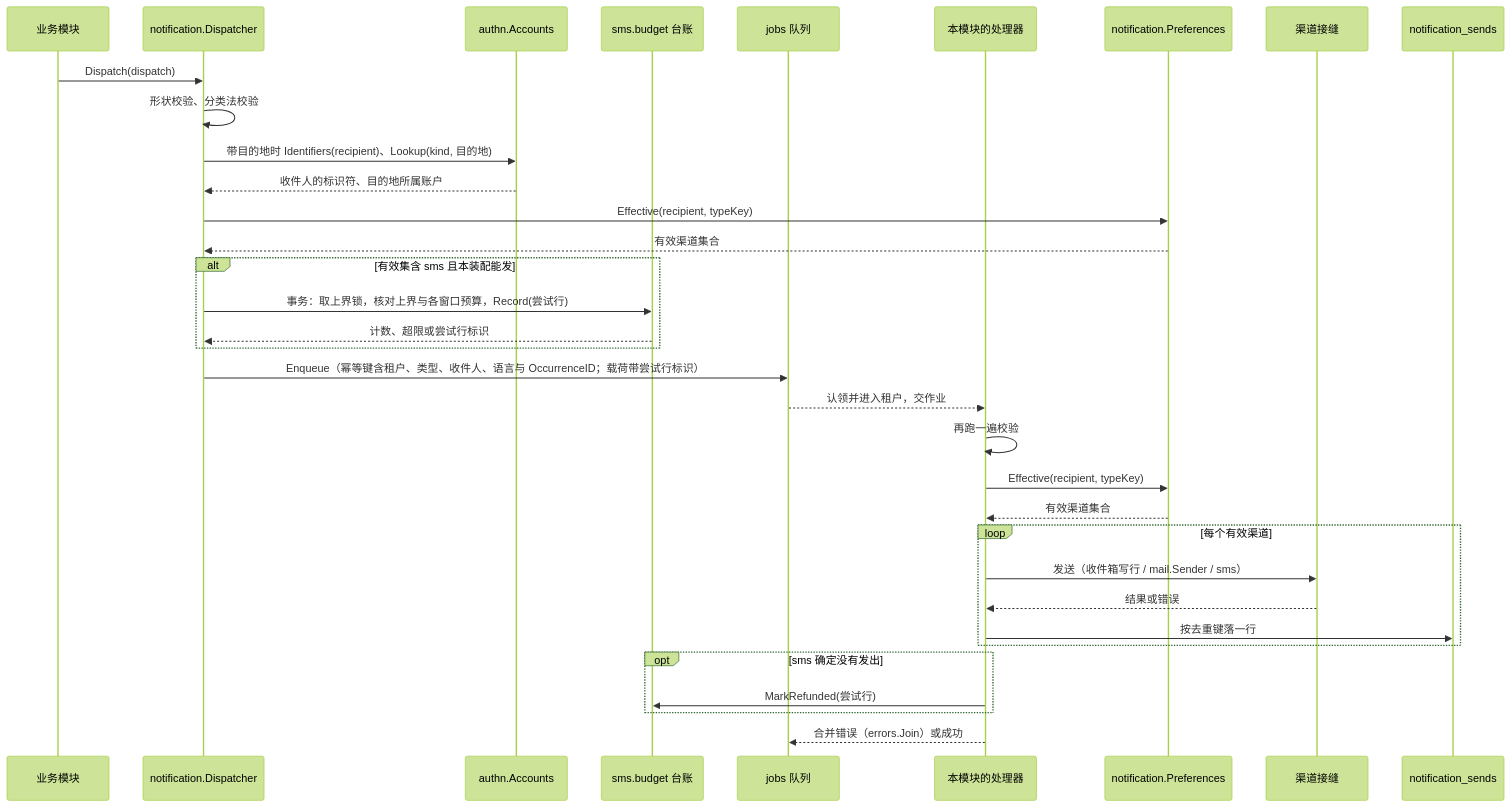
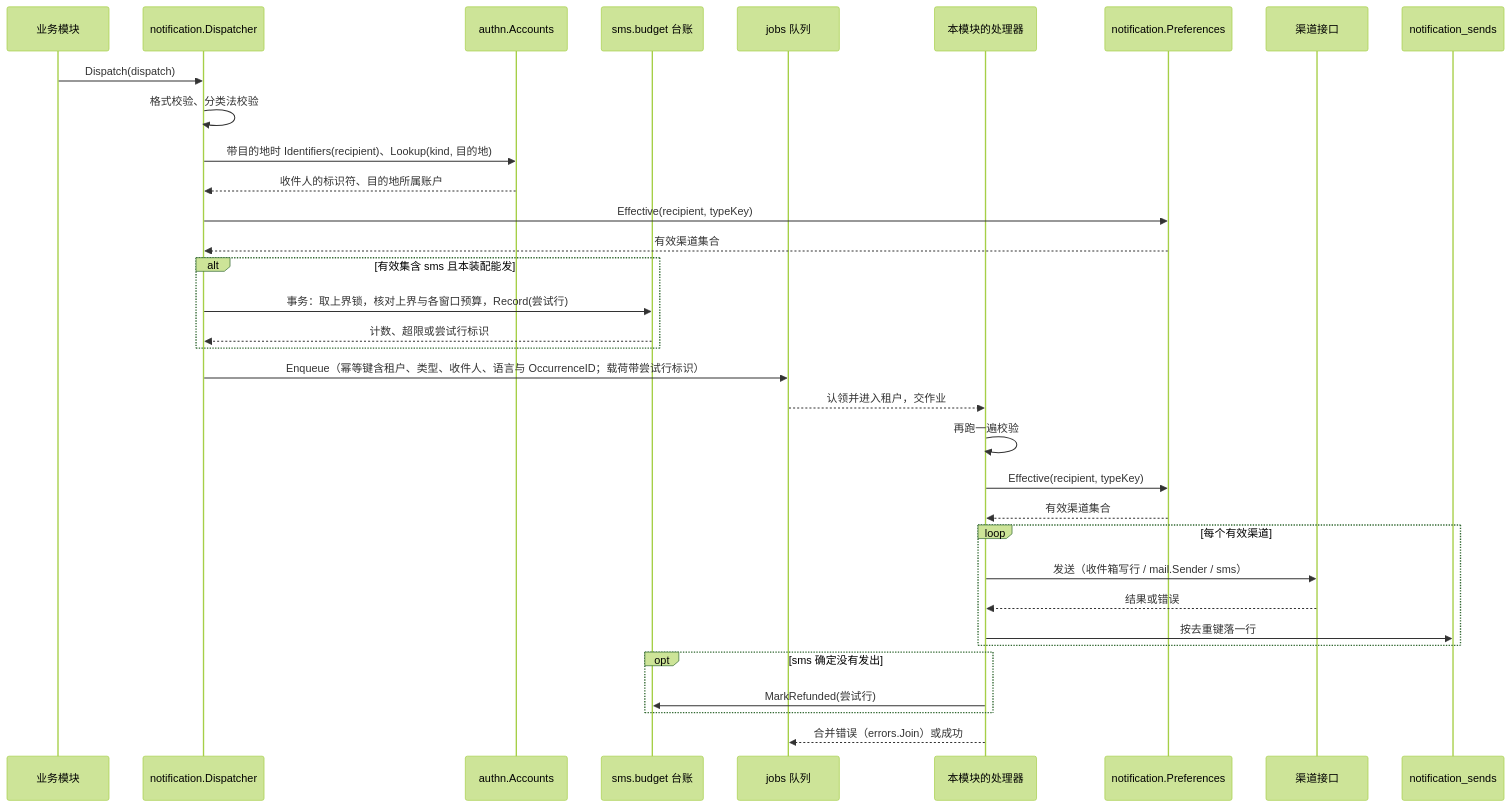
The first of 2 diagrams in docs/design/modules/notification/design-notification-delivery.md (wangzw/speed), drawn with Mermaid (forest theme) before and after one commit. The commit also changed other lines of this file and 328 other files, not shown here.

````diff
--- a/docs/design/modules/notification/design-notification-delivery.md
+++ b/docs/design/modules/notification/design-notification-delivery.md
@@ -59,37 +59,37 @@
 ```mermaid
 sequenceDiagram
     participant P as 业务模块
     participant D as notification.Dispatcher
     participant A as authn.Accounts
     participant B as sms.budget 台账
     participant Q as jobs 队列
     participant H as 本模块的处理器
     participant R as notification.Preferences
-    participant S as 渠道接缝
+    participant S as 渠道接口
     participant L as notification_sends
 
     P->>D: Dispatch(dispatch)
-    D->>D: 形状校验、分类法校验
+    D->>D: 格式校验、分类法校验
     D->>A: 带目的地时 Identifiers(recipient)、Lookup(kind, 目的地)
     A-->>D: 收件人的标识符、目的地所属账户
     D->>R: Effective(recipient, typeKey)
     R-->>D: 有效渠道集合
     alt 有效集含 sms 且本装配能发
         D->>B: 事务：取上界锁，核对上界与各窗口预算，Record(尝试行)
         B-->>D: 计数、超限或尝试行标识
     end
     D->>Q: Enqueue（幂等键含租户、类型、收件人、语言与 OccurrenceID；载荷带尝试行标识）
     Q-->>H: 认领并进入租户，交作业
     H->>H: 再跑一遍校验
     H->>R: Effective(recipient, typeKey)
     R-->>H: 有效渠道集合
     loop 每个有效渠道
         H->>S: 发送（收件箱写行 / mail.Sender / sms）
         S-->>H: 结果或错误
         H->>L: 按去重键落一行
     end
     opt sms 确定没有发出
         H->>B: MarkRefunded(尝试行)
     end
     H-->>Q: 合并错误（errors.Join）或成功
 ```
````
